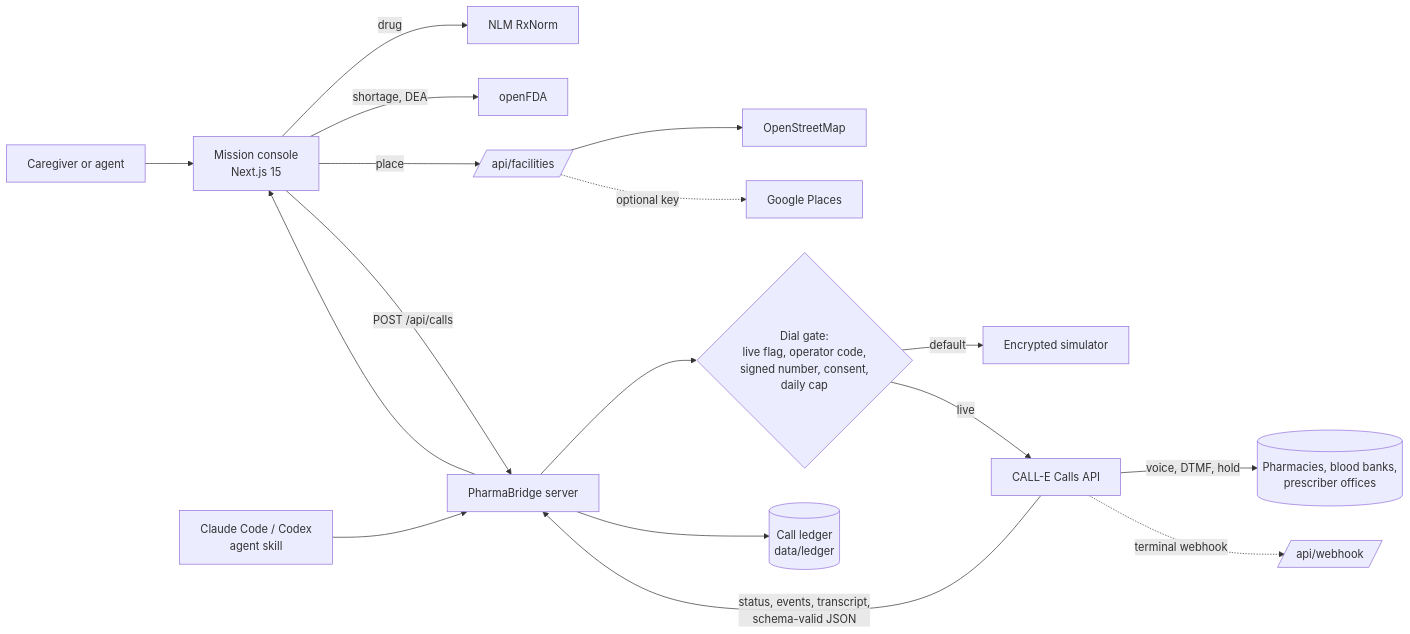
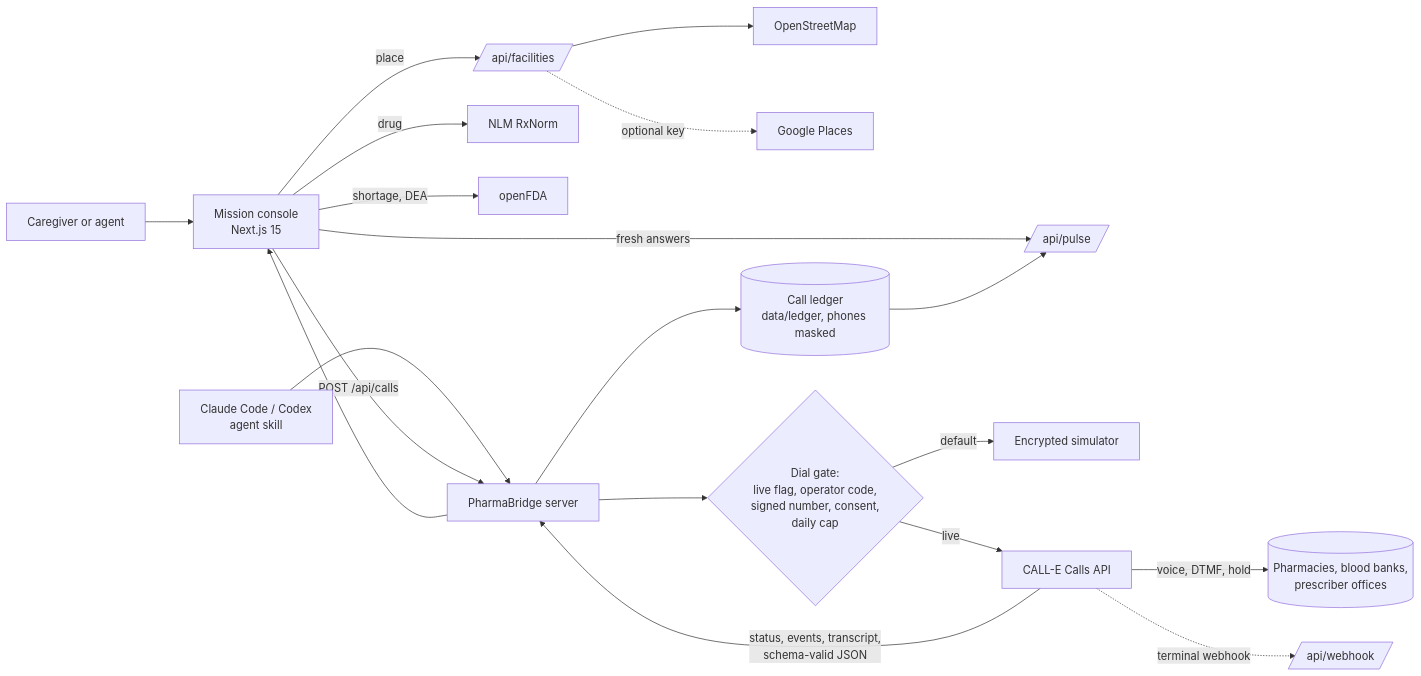
Before and after one commit to CALLE-AI/awesome-phone-call-agents: the diagram in apps/typescript/pharmabridge/README.md, drawn with Mermaid. The commit also changed other lines of this file and 39 other files, not shown here.

````diff
--- a/apps/typescript/pharmabridge/README.md
+++ b/apps/typescript/pharmabridge/README.md
@@ -61,19 +85,21 @@
 ```mermaid
 flowchart LR
   U[Caregiver or agent] --> UI[Mission console<br/>Next.js 15]
   AG[Claude Code / Codex<br/>agent skill] --> API
   UI -->|drug| RX[NLM RxNorm]
   UI -->|shortage, DEA| FDA[openFDA]
   UI -->|place| DISC[/api/facilities/]
   DISC --> OSM[OpenStreetMap]
   DISC -.->|optional key| GP[Google Places]
+  UI -->|fresh answers| PULSE[/api/pulse/]
   UI -->|POST /api/calls| API[PharmaBridge server]
   API --> GATE{Dial gate:<br/>live flag, operator code,<br/>signed number, consent,<br/>daily cap}
   GATE -->|default| SIM[Encrypted simulator]
   GATE -->|live| CALLE[CALL-E Calls API]
   CALLE -->|voice, DTMF, hold| FAC[(Pharmacies, blood banks,<br/>prescriber offices)]
   CALLE -->|status, events, transcript,<br/>schema-valid JSON| API
   CALLE -.->|terminal webhook| WH[/api/webhook/]
-  API --> LEDGER[(Call ledger<br/>data/ledger)]
+  API --> LEDGER[(Call ledger<br/>data/ledger, phones masked)]
+  LEDGER --> PULSE
   API --> UI
 ```
````
